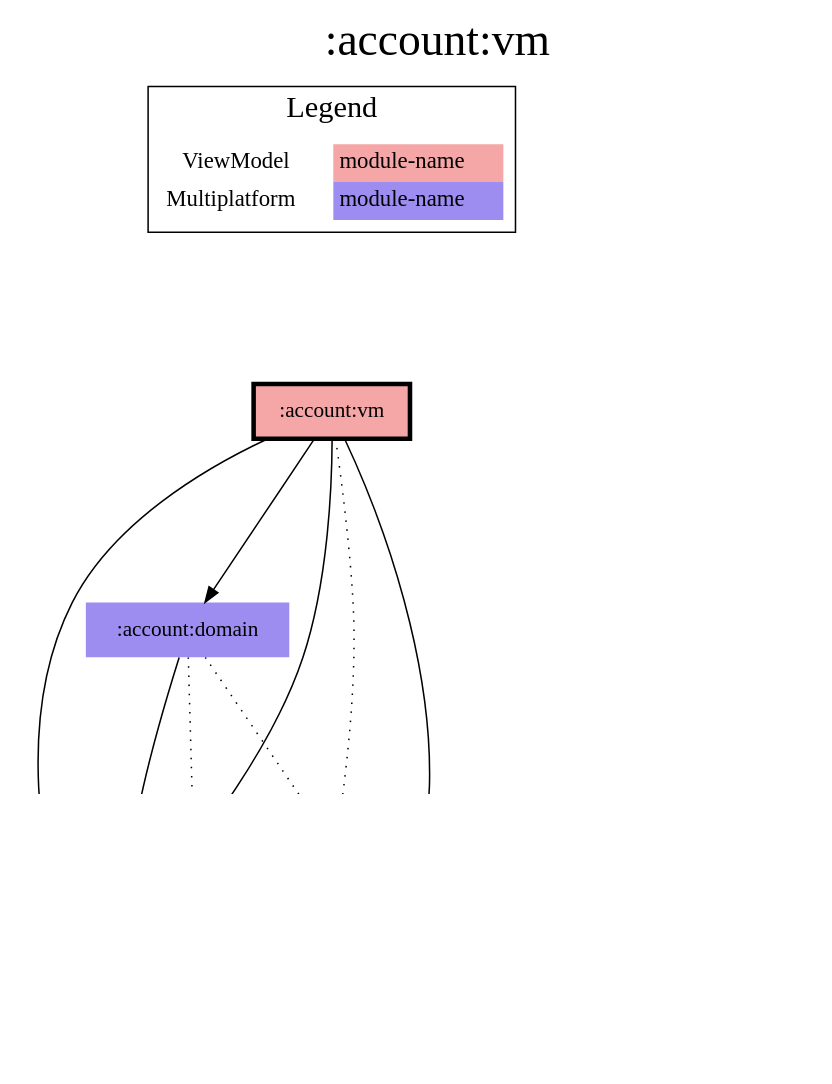
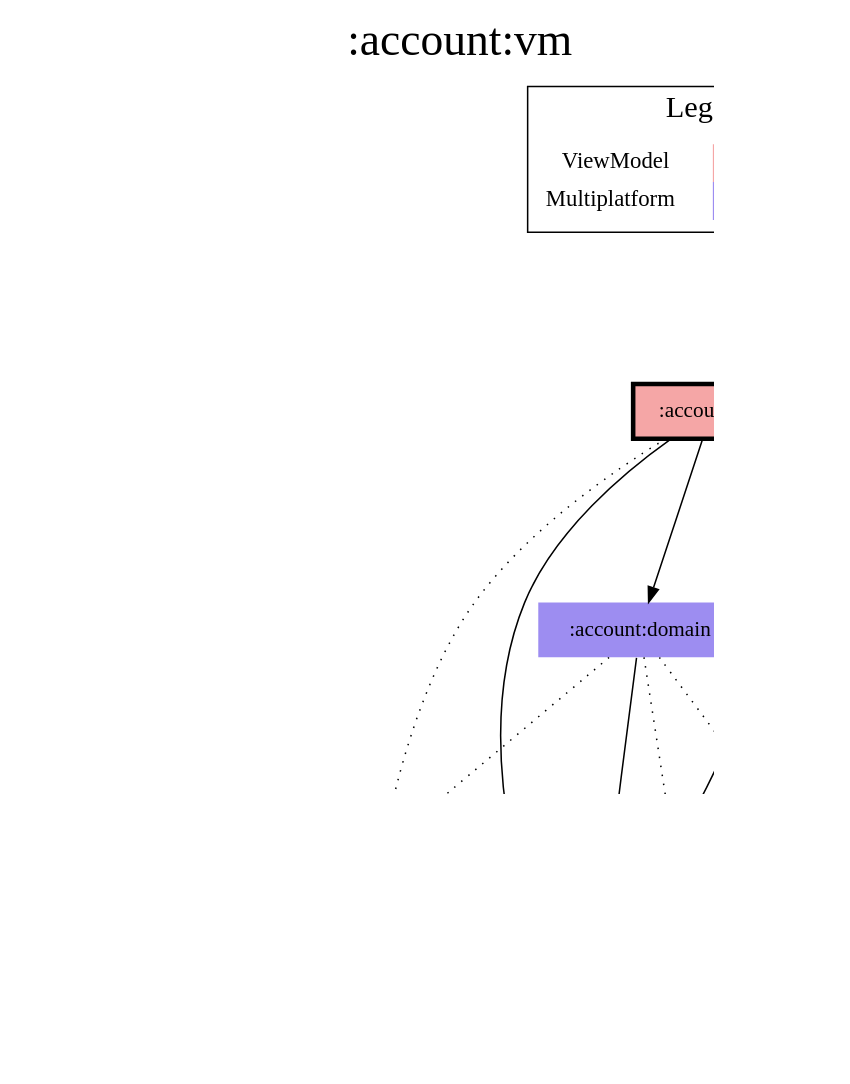
The diagram in modules/account/vm/modules.dot (jonapoul/aktual), drawn with Graphviz before and after one commit. The commit also changed 102 other files, not shown here.

```diff
--- a/modules/account/vm/modules.dot
+++ b/modules/account/vm/modules.dot
@@ -1,42 +1,45 @@
 digraph {
 edge ["dir"="forward"]
 graph ["dpi"="100","label"=":account:vm","labelloc"="t","fontsize"="30","ranksep"="1.5","rankdir"="TB"]
 node ["style"="filled"]
 ":account:domain" ["fillcolor"="#9D8DF1","shape"="none"]
 ":account:model" ["fillcolor"="#9D8DF1","shape"="none"]
 ":account:vm" ["fillcolor"="#F5A6A6","color"="black","penwidth"="3","shape"="box"]
 ":api:actual" ["fillcolor"="#9D8DF1","shape"="none"]
 ":budget:model" ["fillcolor"="#9D8DF1","shape"="none"]
 ":codegen:annotation" ["fillcolor"="#9D8DF1","shape"="none"]
 ":core:model" ["fillcolor"="#9D8DF1","shape"="none"]
+":logging" ["fillcolor"="#9D8DF1","shape"="none"]
 ":prefs" ["fillcolor"="#9D8DF1","shape"="none"]
 {
 edge ["dir"="none"]
 graph ["rank"="same"]
 ":account:vm"
 }
 ":account:domain" -> ":account:model"
 ":account:domain" -> ":api:actual" ["style"="dotted"]
+":account:domain" -> ":logging" ["style"="dotted"]
 ":account:domain" -> ":prefs" ["style"="dotted"]
 ":account:vm" -> ":account:domain"
 ":account:vm" -> ":account:model"
 ":account:vm" -> ":api:actual" ["style"="dotted"]
 ":account:vm" -> ":core:model"
+":account:vm" -> ":logging" ["style"="dotted"]
 ":account:vm" -> ":prefs"
 ":api:actual" -> ":account:model"
 ":api:actual" -> ":budget:model"
 ":api:actual" -> ":codegen:annotation" ["style"="dotted"]
 ":api:actual" -> ":core:model"
 ":prefs" -> ":account:model"
 ":prefs" -> ":core:model"
 subgraph "cluster_legend" {
 edge ["dir"="none"]
 graph ["label"="Legend","fontsize"="20"]
 "Legend" ["style"="filled","fillcolor"="#FFFFFF","shape"="none","margin"="0","fontsize"="15","label"=<
 <TABLE BORDER="0" CELLBORDER="0" CELLSPACING="0" CELLPADDING="4">
 <TR><TD>ViewModel</TD><TD BGCOLOR="#F5A6A6">module-name</TD></TR>
 <TR><TD>Multiplatform</TD><TD BGCOLOR="#9D8DF1">module-name</TD></TR>
 </TABLE>
 >]
 } -> ":account:vm" ["style"="invis"]
 }
```
